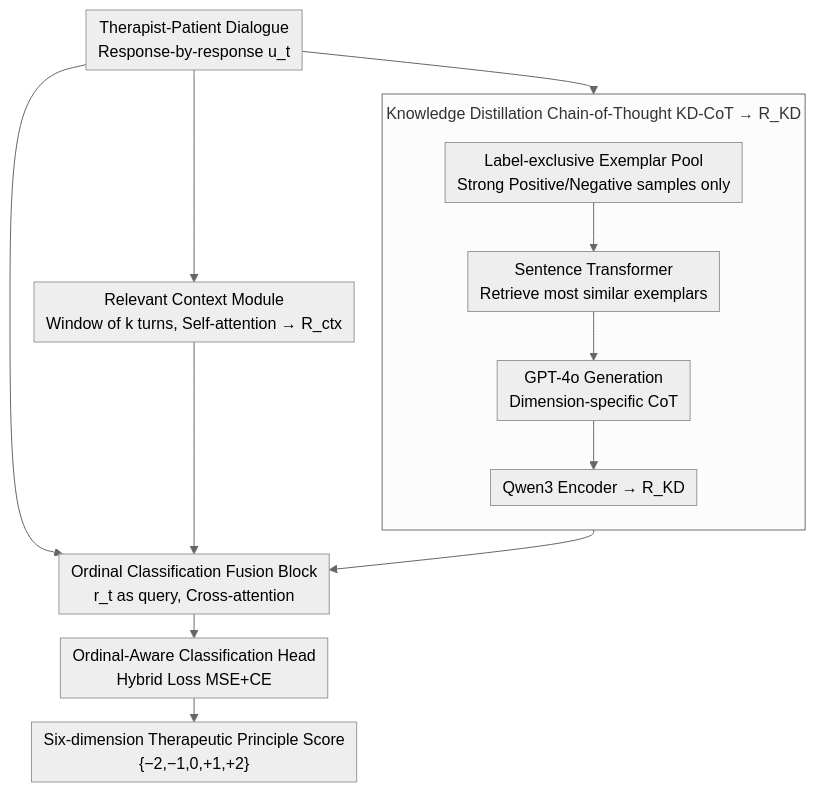
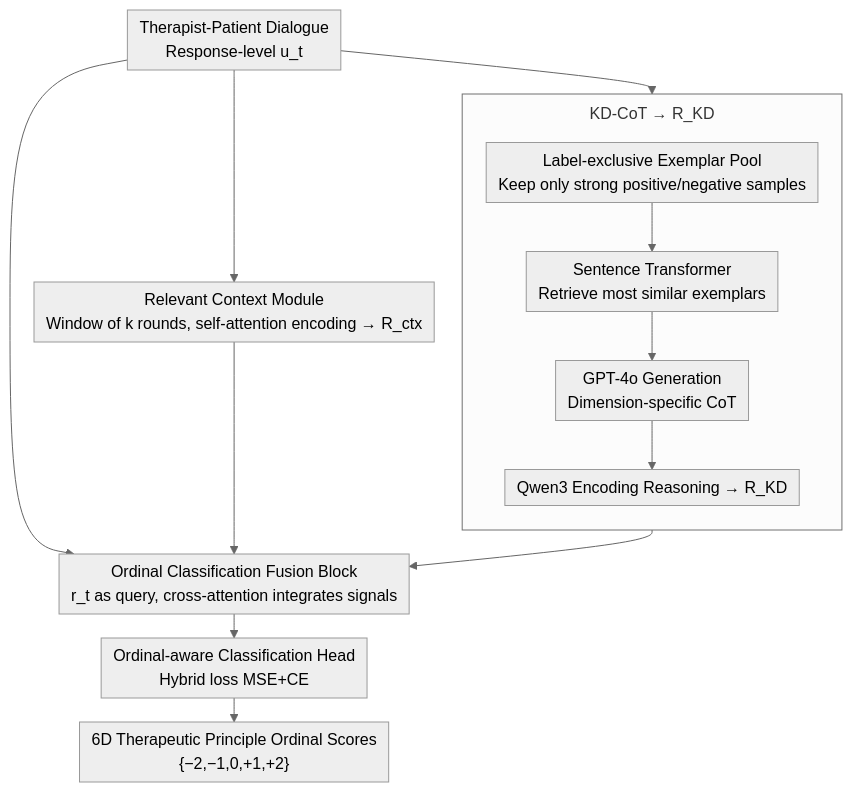
Before and after one commit to zhaoyang97/Paper-Notes-en: the diagram in docs/ACL2026/medical_nlp/measuring_what_matters_assessing_therapeutic_principles_in_mental-health_convers.md, drawn with Mermaid (neutral theme). The commit also changed other lines of this file and 5084 other files, not shown here.

````diff
--- a/docs/ACL2026/medical_nlp/measuring_what_matters_assessing_therapeutic_principles_in_mental-health_convers.md
+++ b/docs/ACL2026/medical_nlp/measuring_what_matters_assessing_therapeutic_principles_in_mental-health_convers.md
@@ -43,17 +43,17 @@
 ```mermaid
 %%{init: {'flowchart': {'rankSpacing': 24, 'nodeSpacing': 28, 'padding': 6, 'wrappingWidth': 400, 'subGraphTitleMargin': {'top': 8, 'bottom': 16}}}}%%
 flowchart TD
-    A["Therapist-Patient Dialogue<br/>Response-by-response u_t"] --> B["Relevant Context Module<br/>Window of k turns, Self-attention → R_ctx"]
+    A["Therapist-Patient Dialogue<br/>Response-level u_t"] --> B["Relevant Context Module<br/>Window of k rounds, self-attention encoding → R_ctx"]
     A --> KD
-    subgraph KD["Knowledge Distillation Chain-of-Thought KD-CoT → R_KD"]
+    subgraph KD["KD-CoT → R_KD"]
         direction TB
-        C["Label-exclusive Exemplar Pool<br/>Strong Positive/Negative samples only"] --> D["Sentence Transformer<br/>Retrieve most similar exemplars"]
+        C["Label-exclusive Exemplar Pool<br/>Keep only strong positive/negative samples"] --> D["Sentence Transformer<br/>Retrieve most similar exemplars"]
         D --> E["GPT-4o Generation<br/>Dimension-specific CoT"]
-        E --> F["Qwen3 Encoder → R_KD"]
+        E --> F["Qwen3 Encoding Reasoning → R_KD"]
     end
     A --> G
     B --> G
     KD --> G
-    G["Ordinal Classification Fusion Block<br/>r_t as query, Cross-attention"] --> H["Ordinal-Aware Classification Head<br/>Hybrid Loss MSE+CE"]
-    H --> I["Six-dimension Therapeutic Principle Score<br/>{−2,−1,0,+1,+2}"]
+    G["Ordinal Classification Fusion Block<br/>r_t as query, cross-attention integrates signals"] --> H["Ordinal-aware Classification Head<br/>Hybrid loss MSE+CE"]
+    H --> I["6D Therapeutic Principle Ordinal Scores<br/>{−2,−1,0,+1,+2}"]
 ```
````
